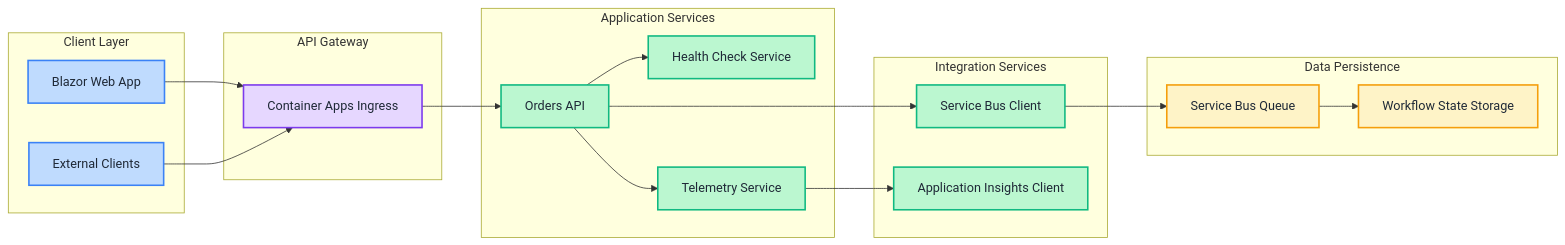
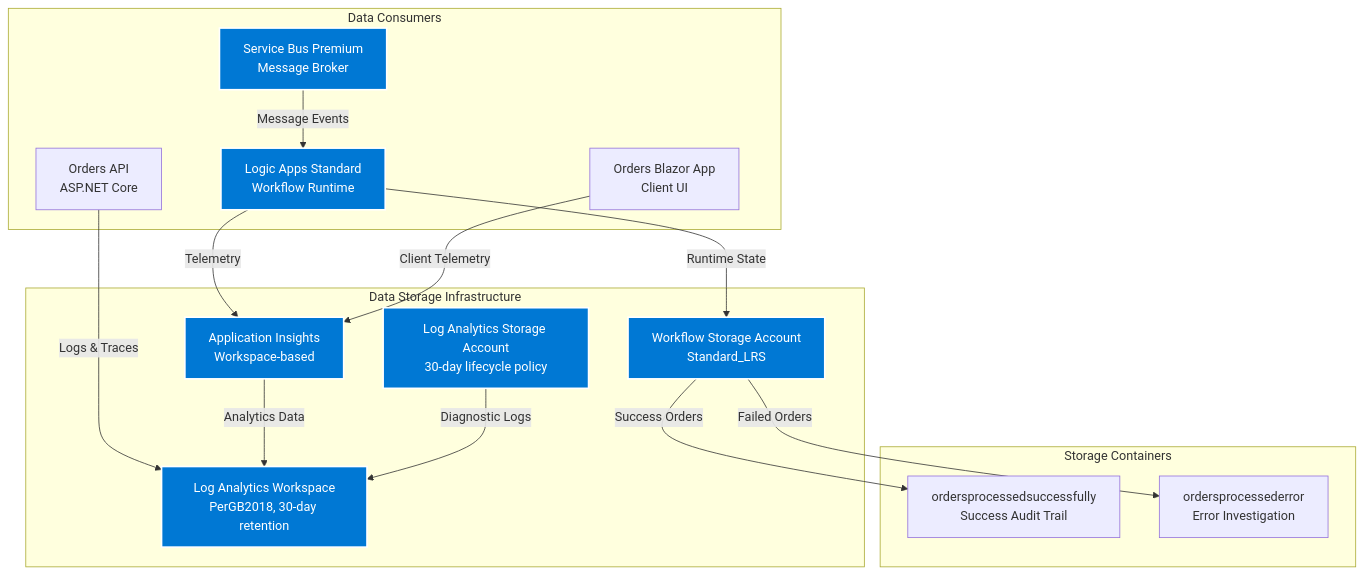
The first of 6 diagrams in README.md (Evilazaro/Azure-LogicApps-Monitoring), drawn with Mermaid before and after one commit. The commit also changed other lines of this file and 5 other files, not shown here.

First line of the commit message:
Update orders API and webapp configurations, increase min replicas, and add Application Insights connection string

````diff
--- a/README.md
+++ b/README.md
@@ -420,45 +141,38 @@
 ```mermaid
-flowchart LR
-    subgraph "Client Layer"
-        A[Blazor Web App]:::client
-        B[External Clients]:::client
+graph TB
+    subgraph storage["Data Storage Infrastructure"]
+        LAWSA[Log Analytics Storage Account<br/>30-day lifecycle policy]
+        WFSA[Workflow Storage Account<br/>Standard_LRS]
+        AI[Application Insights<br/>Workspace-based]
+        LAW[Log Analytics Workspace<br/>PerGB2018, 30-day retention]
     end
     
-    subgraph "API Gateway"
-        C[Container Apps Ingress]:::gateway
+    subgraph consumers["Data Consumers"]
+        LA[Logic Apps Standard<br/>Workflow Runtime]
+        API[Orders API<br/>ASP.NET Core]
+        APP[Orders Blazor App<br/>Client UI]
+        SB[Service Bus Premium<br/>Message Broker]
     end
     
-    subgraph "Application Services"
-        D[Orders API]:::service
-        E[Health Check Service]:::service
-        F[Telemetry Service]:::service
+    subgraph containers["Storage Containers"]
+        SUCCESS[ordersprocessedsuccessfully<br/>Success Audit Trail]
+        ERROR[ordersprocessederror<br/>Error Investigation]
     end
     
-    subgraph "Integration Services"
-        G[Service Bus Client]:::service
-        H[Application Insights Client]:::service
-    end
+    LA -->|Runtime State| WFSA
+    LA -->|Telemetry| AI
+    API -->|Logs & Traces| LAW
+    APP -->|Client Telemetry| AI
+    SB -->|Message Events| LA
+    AI -->|Analytics Data| LAW
+    LAWSA -->|Diagnostic Logs| LAW
+    WFSA -->|Success Orders| SUCCESS
+    WFSA -->|Failed Orders| ERROR
     
-    subgraph "Data Persistence"
-        I[Service Bus Queue]:::database
-        J[Workflow State Storage]:::database
-    end
-    
-    A --> C
-    B --> C
-    C --> D
-    
-    D --> E
-    D --> F
-    D --> G
-    
-    G --> I
-    F --> H
-    
-    I --> J
-    
-    classDef client fill:#BFDBFE,stroke:#3B82F6,stroke-width:2px,color:#1F2937
-    classDef gateway fill:#E6D7FF,stroke:#7C3AED,stroke-width:2px,color:#1F2937
-    classDef service fill:#BBF7D0,stroke:#10B981,stroke-width:2px,color:#1F2937
-    classDef database fill:#FEF3C7,stroke:#F59E0B,stroke-width:2px,color:#1F2937
+    style LAWSA fill:#0078D4,stroke:#fff,stroke-width:2px,color:#fff
+    style WFSA fill:#0078D4,stroke:#fff,stroke-width:2px,color:#fff
+    style AI fill:#0078D4,stroke:#fff,stroke-width:2px,color:#fff
+    style LAW fill:#0078D4,stroke:#fff,stroke-width:2px,color:#fff
+    style LA fill:#0078D4,stroke:#fff,stroke-width:2px,color:#fff
+    style SB fill:#0078D4,stroke:#fff,stroke-width:2px,color:#fff
 ```
````
